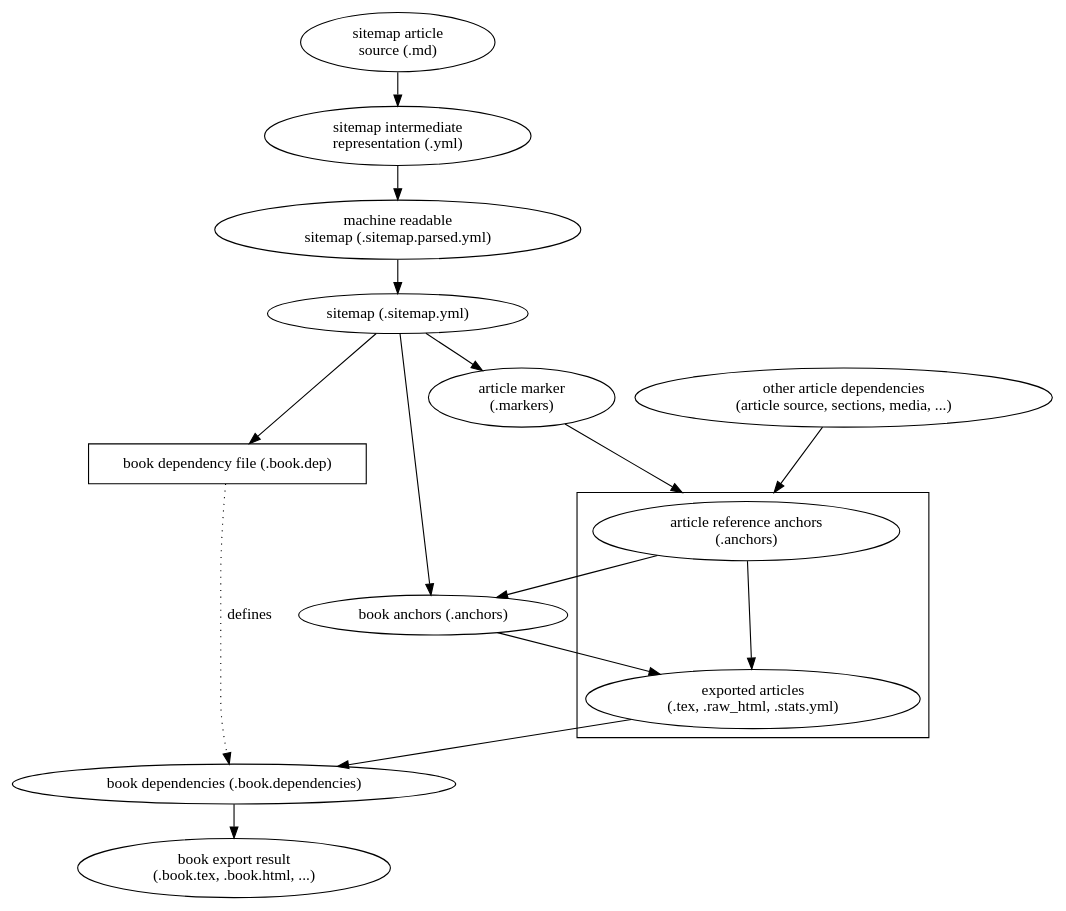
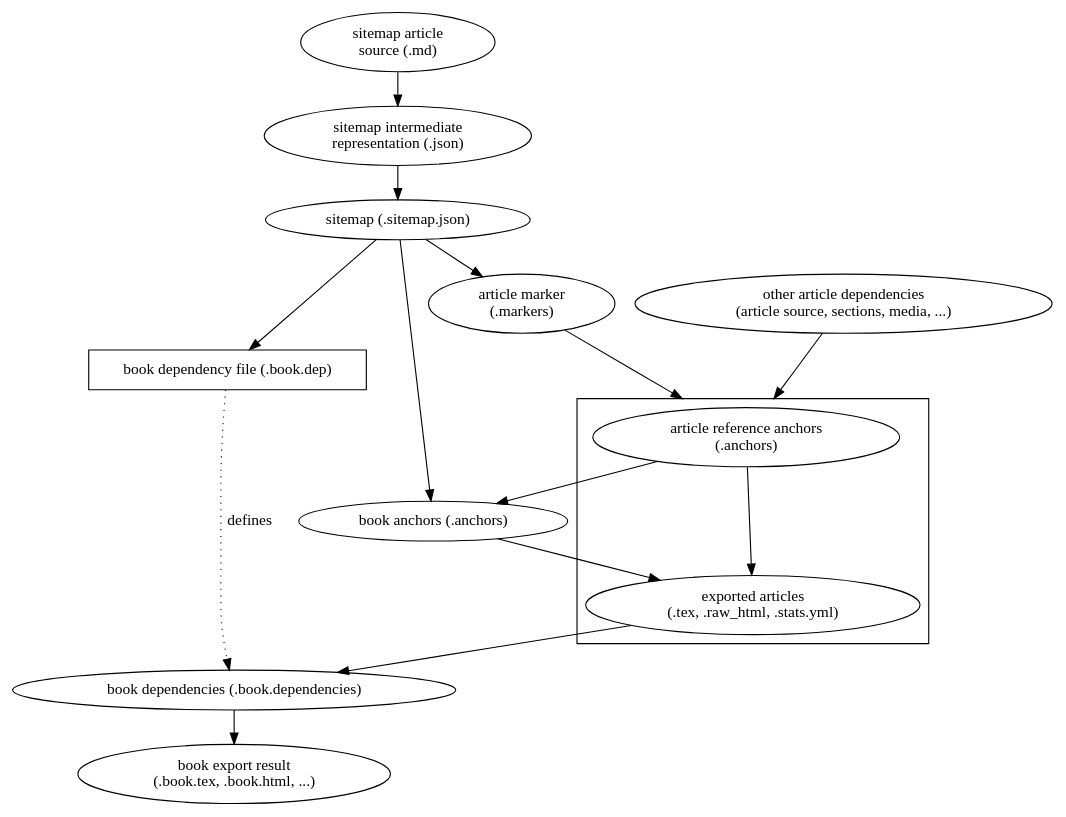
One commit to serlo/serlo-export changed the diagram in doc/dot/book_deps.dot. Above: the diagram before and after it, drawn with Graphviz. The commit also changed 4 other files, not shown here.

```diff
--- a/doc/dot/book_deps.dot
+++ b/doc/dot/book_deps.dot
@@ -1,35 +1,34 @@
 digraph book_dependencies {
     compound=true;
     // enable new ranking algorithm
     newrank=true;
     ranksep=.4;
 
     sitemap_article [label="sitemap article\nsource (.md)"];
-    sitemap_intermediate [label="sitemap intermediate\nrepresentation (.yml)"];
-    sitemap_parsed [label="machine readable\nsitemap (.sitemap.parsed.yml)"];
-    sitemap [label="sitemap (.sitemap.yml)"];
+    sitemap_intermediate [label="sitemap intermediate\nrepresentation (.json)"];
+    sitemap [label="sitemap (.sitemap.json)"];
     book_deps [label="book dependency file (.book.dep)", shape=box];
     book_dependencies [label="book dependencies (.book.dependencies)"];
     book_anchors [label="book anchors (.anchors)"];
     the_markers [label="article marker\n(.markers)"];
     article_deps [label="other article dependencies\n(article source, sections, media, ...)"];
     result [label="book export result\n(.book.tex, .book.html, ...)"];
 
-    sitemap_article -> sitemap_intermediate -> sitemap_parsed -> sitemap; 
+    sitemap_article -> sitemap_intermediate -> sitemap; 
     sitemap -> book_deps;
     book_deps -> book_dependencies [label="defines", style=dotted];
     the_articles -> book_dependencies;
     the_anchors -> book_anchors -> the_articles;
     sitemap -> book_anchors;
     sitemap -> the_markers;
     the_markers -> the_anchors [lhead=cluster_articles];
     article_deps -> the_anchors [lhead=cluster_articles];
     book_dependencies -> result;
     
     subgraph cluster_articles {
         the_anchors [label="article reference anchors\n(.anchors)"];
         the_articles [label="exported articles\n(.tex, .raw_html, .stats.yml)"];
        
         the_anchors -> the_articles;
     }
 }
```
